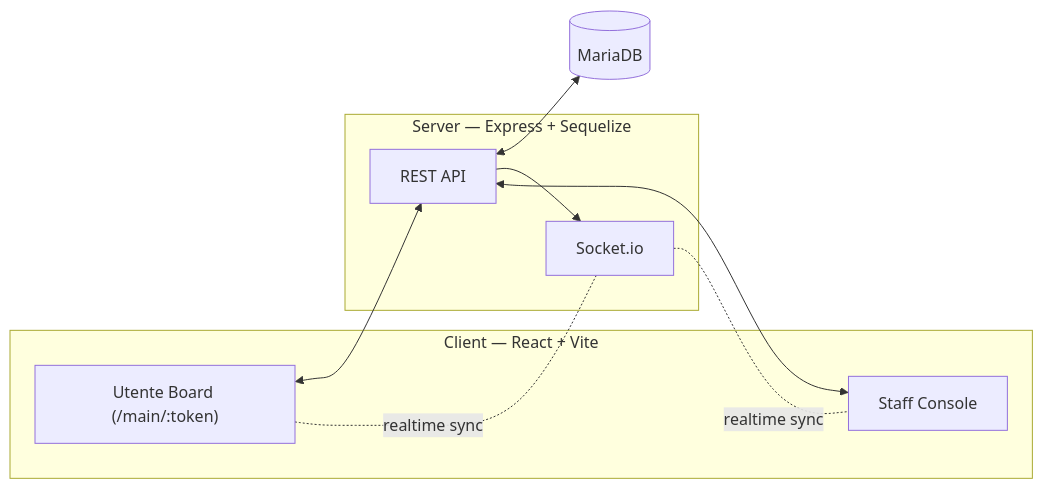
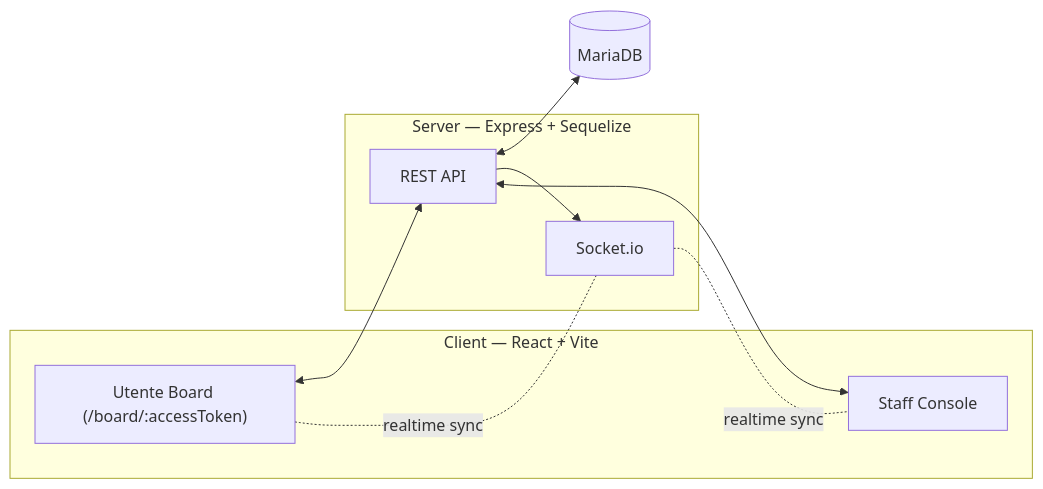
One commit to itsDavid08/InovLAR changed the diagram in README.md. Above: the diagram before and after it, drawn with Mermaid. The commit also changed other lines of this file and 6 other files, not shown here.

````diff
--- a/README.md
+++ b/README.md
@@ -38,19 +38,19 @@
 ```mermaid
 flowchart LR
     subgraph Client["Client — React + Vite"]
-        A["Utente Board (/main/:token)"]
+        A["Utente Board (/board/:accessToken)"]
         B["Staff Console"]
     end
     subgraph Server["Server — Express + Sequelize"]
         C["REST API"]
         D["Socket.io"]
     end
     E[("MariaDB")]
 
     A <--> C
     B <--> C
     C <--> E
     D -. realtime sync .- A
     D -. realtime sync .- B
     C --> D
 ```
````
